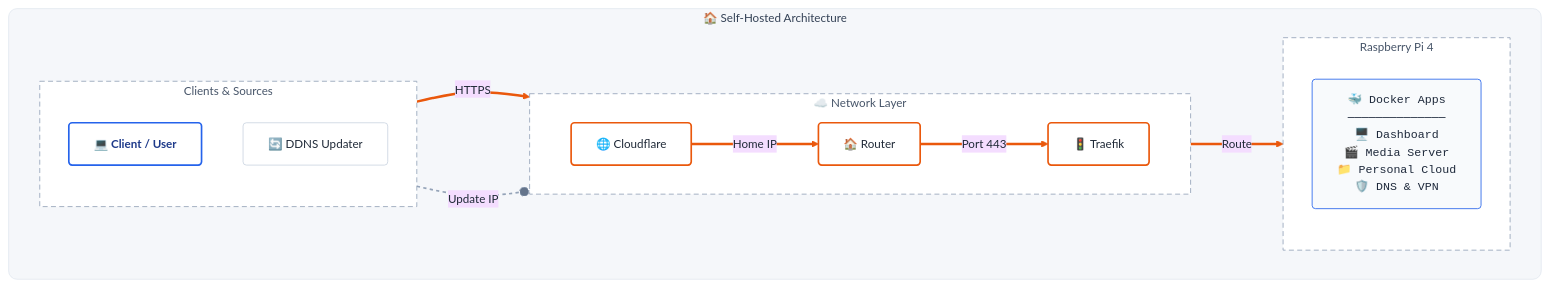
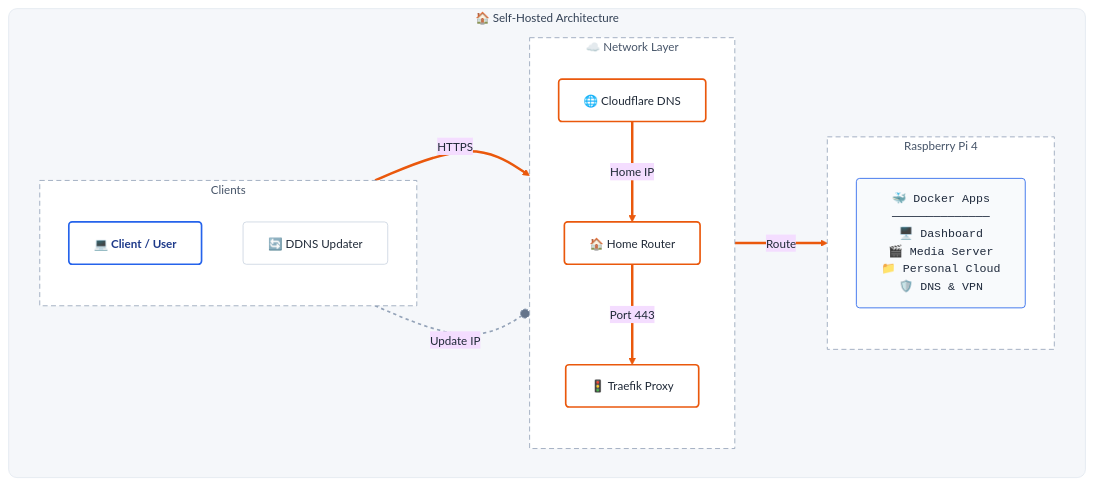
One commit to charan-altro/self-host-lab changed the diagram in README.md. Above: the diagram before and after it, drawn with Mermaid.

````diff
--- a/README.md
+++ b/README.md
@@ -10,72 +10,79 @@
 ```mermaid
 %%{init: {
   'theme': 'base',
   'themeVariables': {
     'background': '#F5F7FA',
     'primaryTextColor': '#1F2937',
     'lineColor': '#64748B',
     'fontSize': '14px'
   }
 }}%%
 flowchart LR
     %% --- STYLE DEFINITIONS ---
     classDef base fill:#FFFFFF,stroke:#CBD5E1,stroke-width:1px,color:#1F2937,rx:4,ry:4,shadow:true
     classDef client fill:#FFFFFF,stroke:#2563EB,stroke-width:2px,color:#1E3A8A,rx:4,ry:4,font-weight:bold,shadow:true
     classDef transit fill:#FFFFFF,stroke:#EA580C,stroke-width:2px,color:#1F2937,rx:4,ry:4,shadow:true
     classDef appStack fill:#F8FAFC,stroke:#2563EB,stroke-width:1px,color:#1E293B,rx:4,ry:4,align:left,font-family:monospace
 
     %% --- CONTAINER STYLING ---
     classDef masterZone fill:#F5F7FA,stroke:#E2E8F0,stroke-width:1px,rx:10,ry:10,color:#334155
     classDef innerZone fill:#FFFFFF,stroke:#94A3B8,stroke-width:1px,stroke-dasharray: 6 4,color:#475569
 
     %% --- DIAGRAM CONTENT ---
 
     %% !!! MASTER CONTAINER !!!
     subgraph HomeLab ["🏠 Self-Hosted Architecture"]
         direction LR
 
-        %% 1. LEFT: Inputs (Stacked Vertically)
-        subgraph Inputs ["Clients & Sources"]
+        %% 1. LEFT: Inputs
+        subgraph Inputs ["Clients"]
             direction TB
             User["💻 Client / User"]:::client
             DDNS["🔄 DDNS Updater"]:::base
         end
 
-        %% 2. MIDDLE: Routing (Horizontal)
-        subgraph Routing ["☁️ Network Layer"]
-            direction LR
-            DNS["🌐 Cloudflare"]:::transit
-            Router["🏠 Router"]:::transit
-            Traefik["🚦 Traefik"]:::transit
+        %% 2. MIDDLE: Network Stack (VERTICAL as requested)
+        subgraph Network ["☁️ Network Layer"]
+            direction TB
+            DNS["🌐 Cloudflare DNS"]:::transit
+            Router["🏠 Home Router"]:::transit
+            Traefik["🚦 Traefik Proxy"]:::transit
         end
 
-        %% 3. RIGHT: Server (Horizontal)
+        %% 3. RIGHT: Server
         subgraph Server ["Raspberry Pi 4"]
             direction TB
-            %% Compacted Docker List
             Docker["🐳 Docker Apps
             ──────────────
             🖥️ Dashboard
             🎬 Media Server
             📁 Personal Cloud
             🛡️ DNS & VPN"]:::appStack
         end
     end
 
     %% --- CONNECTIONS ---
+    
+    %% 1. User hits Cloudflare (Top of Stack)
     User ==>|"HTTPS"| DNS
+    
+    %% 2. The Vertical Stack Flow (Downwards)
     DNS ==>|"Home IP"| Router
     Router ==>|"Port 443"| Traefik
+    
+    %% 3. Traefik hits Server (Rightwards)
     Traefik ==>|"Route"| Docker
 
-    %% Maintenance Path
+    %% 4. Maintenance (Side loop)
     DDNS -.-o|"Update IP"| DNS
 
     %% --- APPLY STYLES ---
     class HomeLab masterZone
-    class Inputs,Routing,Server innerZone
+    class Inputs,Network,Server innerZone
 
     %% Link Styling
+    %% 0,1,2,3 are the Orange Data Path
     linkStyle 0,1,2,3 stroke:#EA580C,stroke-width:3px,fill:none
+    %% 4 is the Grey Helper Path
     linkStyle 4 stroke:#94A3B8,stroke-width:2px,stroke-dasharray: 4 4
 ```
````
